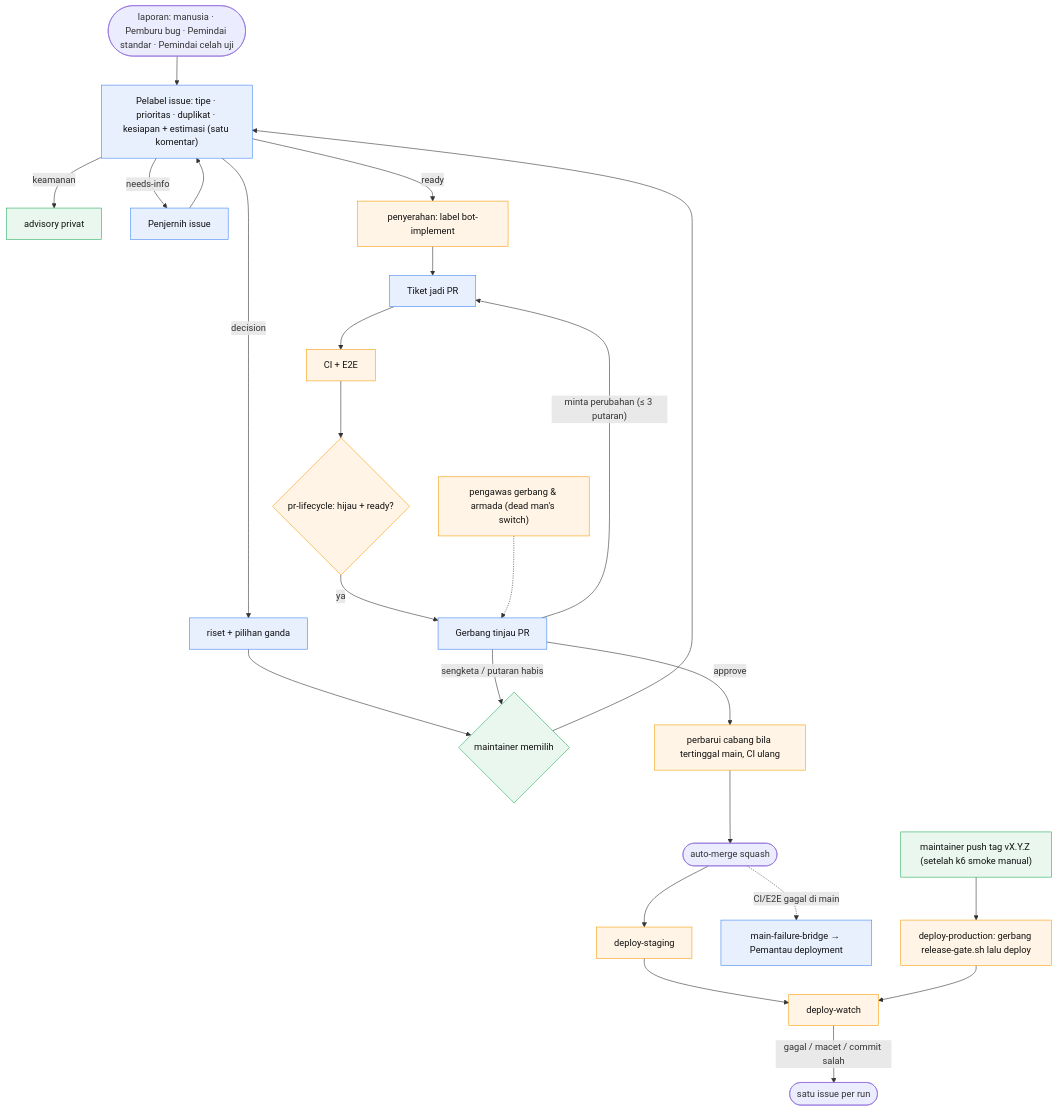
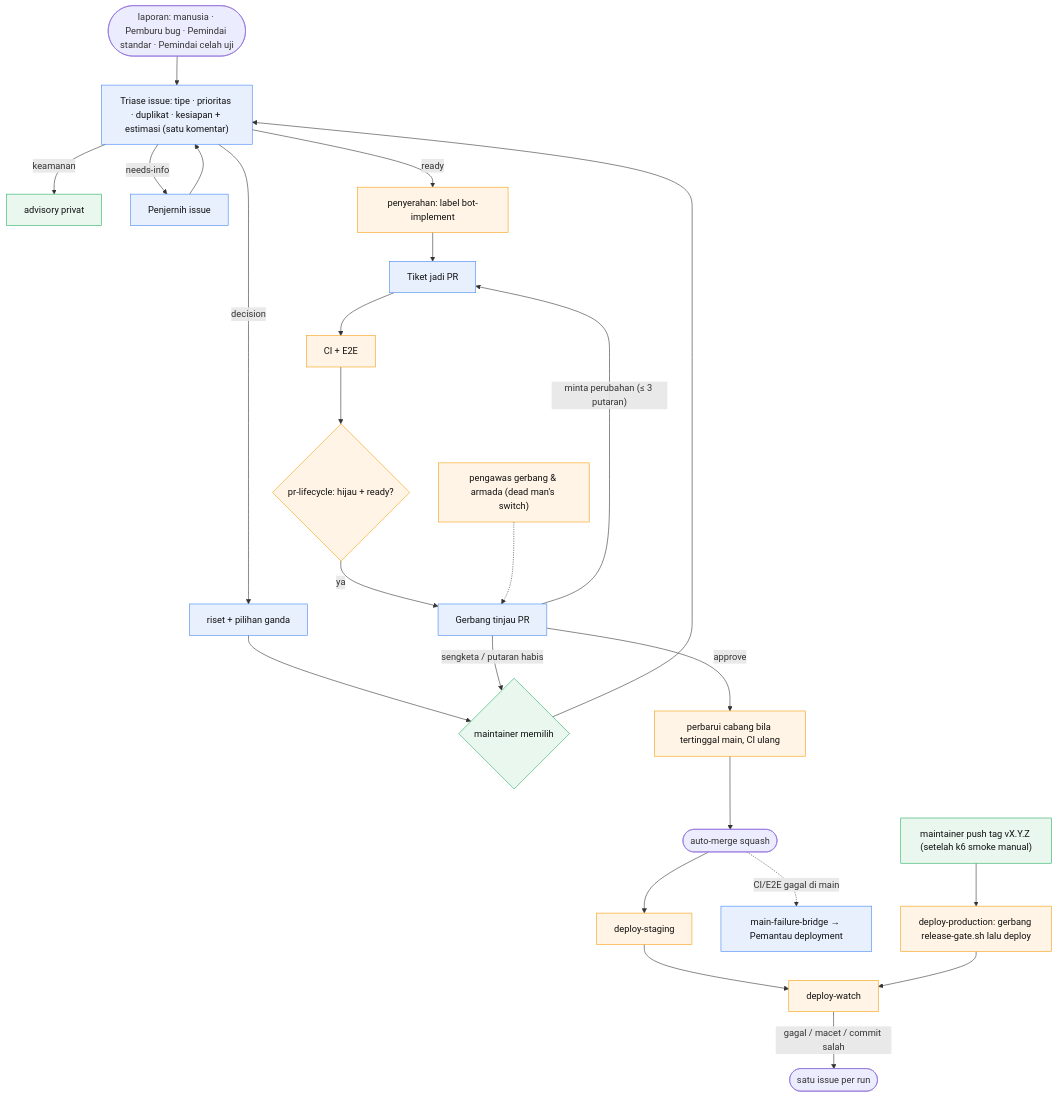
One commit to cipansor/cipansor changed the first of 6 diagrams in docs/SDLC-FLOW.md. Above: the diagram before and after it, drawn with Mermaid. The commit also changed other lines of this file and 9 other files, not shown here.

First line of the commit message:
refactor(armada): ganti peran `Pelabel issue` menjadi `Triase issue`

````diff
--- a/docs/SDLC-FLOW.md
+++ b/docs/SDLC-FLOW.md
@@ -181,22 +181,22 @@
 ```mermaid
 flowchart TD
   classDef cloud fill:#e8f0fe,stroke:#4285f4,color:#111;
   classDef gh fill:#fff4e5,stroke:#f59e0b,color:#111;
   classDef human fill:#e9f7ef,stroke:#27ae60,color:#111;
 
-  IN(["laporan: manusia · Pemburu bug · Pemindai standar · Pemindai celah uji"]) --> TR["Pelabel issue: tipe · prioritas · duplikat · kesiapan + estimasi (satu komentar)"]:::cloud
+  IN(["laporan: manusia · Pemburu bug · Pemindai standar · Pemindai celah uji"]) --> TR["Triase issue: tipe · prioritas · duplikat · kesiapan + estimasi (satu komentar)"]:::cloud
   TR -- keamanan --> ADV["advisory privat"]:::human
   TR -- needs-info --> CL["Penjernih issue"]:::cloud --> TR
   TR -- decision --> DEC["riset + pilihan ganda"]:::cloud --> MD{"maintainer memilih"}:::human --> TR
   TR -- ready --> HO["penyerahan: label bot-implement"]:::gh --> IMP["Tiket jadi PR"]:::cloud
   IMP --> CI["CI + E2E"]:::gh --> LC{"pr-lifecycle: hijau + ready?"}:::gh
   LC -- ya --> GT["Gerbang tinjau PR"]:::cloud
   GT -- "minta perubahan (≤ 3 putaran)" --> IMP
   GT -- "sengketa / putaran habis" --> MD
   GT -- approve --> UPD["perbarui cabang bila tertinggal main, CI ulang"]:::gh --> MG(["auto-merge squash"])
   MG --> STG["deploy-staging"]:::gh --> DW["deploy-watch"]:::gh
   MG -. "CI/E2E gagal di main" .-> BR["main-failure-bridge → Pemantau deployment"]:::cloud
   REL["maintainer push tag vX.Y.Z (setelah k6 smoke manual)"]:::human --> PRD["deploy-production: gerbang release-gate.sh lalu deploy"]:::gh --> DW
   DW -- "gagal / macet / commit salah" --> ISS(["satu issue per run"])
   WD["pengawas gerbang & armada (dead man's switch)"]:::gh -.-> GT
 ```
````
